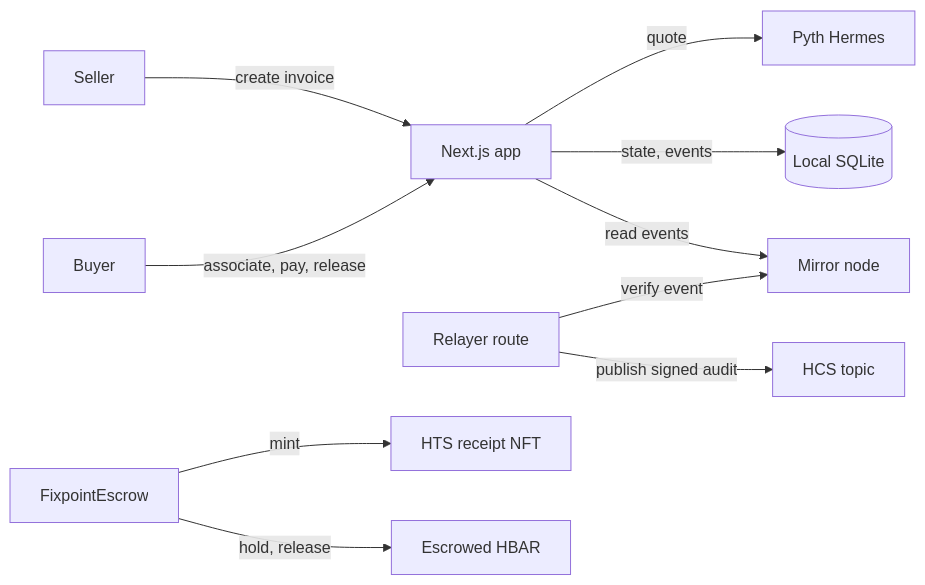
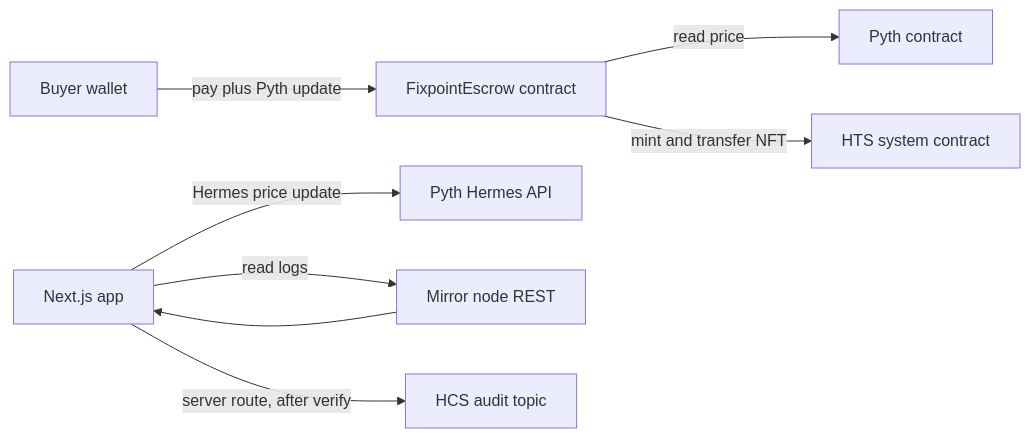
One commit to trinnode/fixPoint changed the diagram in README.md. Above: the diagram before and after it, drawn with Mermaid. The commit also changed other lines of this file and 30 other files, not shown here.

````diff
--- a/README.md
+++ b/README.md
@@ -84,12 +72,10 @@
 ```mermaid
 flowchart LR
-  Seller[Seller] -->|create invoice| App[Next.js app]
-  Buyer[Buyer] -->|associate, pay, release| App
-  App -->|quote| Pyth[Pyth Hermes]
-  App -->|state, events| DB[(Local SQLite)]
-  App -->|read events| MirrorNode[Mirror node]
-  Relayer[Relayer route] -->|verify event| MirrorNode
-  Relayer -->|publish signed audit| HCS[HCS topic]
-  Contract[FixpointEscrow] -->|mint| HTS[HTS receipt NFT]
-  Contract -->|hold, release| HBAR[Escrowed HBAR]
+  B[Buyer wallet] -->|pay plus Pyth update| C[FixpointEscrow contract]
+  C -->|read price| P[Pyth contract]
+  C -->|mint and transfer NFT| H[HTS system contract]
+  W[Next.js app] -->|Hermes price update| Y[Pyth Hermes API]
+  W -->|read logs| M[Mirror node REST]
+  W -->|server route, after verify| T[HCS audit topic]
+  M --> W
 ```
````
